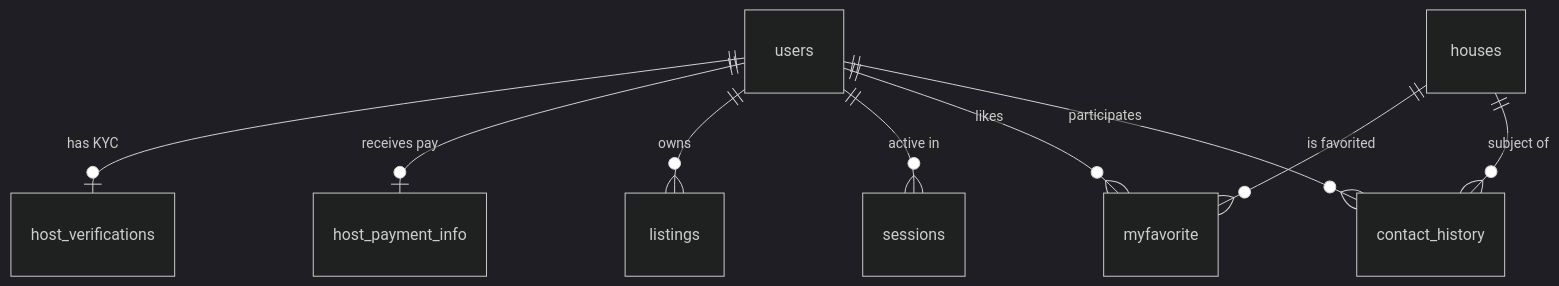
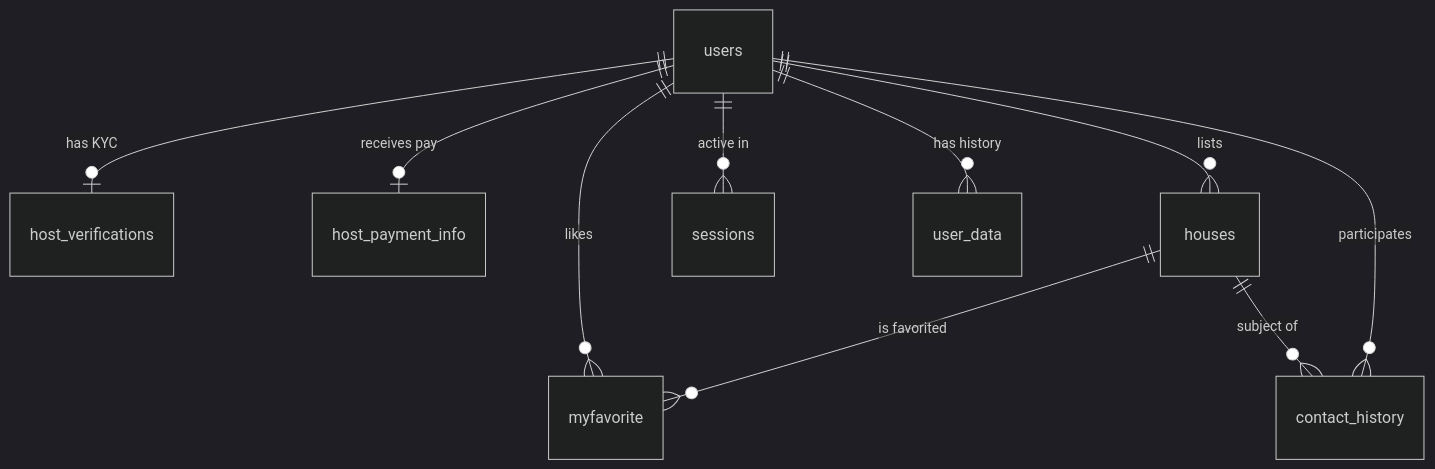
One commit to znaGuimoho/final-project changed the diagram in database_shema.md. Above: the diagram before and after it, drawn with Mermaid (dark theme). The commit also changed other lines of this file and 5 other files, not shown here.

````diff
--- a/database_shema.md
+++ b/database_shema.md
@@ -121,11 +169,12 @@
 ```mermaid
 erDiagram
     users ||--o| host_verifications : "has KYC"
     users ||--o| host_payment_info : "receives pay"
-    users ||--o{ listings : "owns"
+    users ||--o{ houses : "lists"
     users ||--o{ sessions : "active in"
     users ||--o{ myfavorite : "likes"
+    users ||--o{ user_data : "has history"
     houses ||--o{ myfavorite : "is favorited"
     houses ||--o{ contact_history : "subject of"
     users ||--o{ contact_history : "participates"
 ```
````
